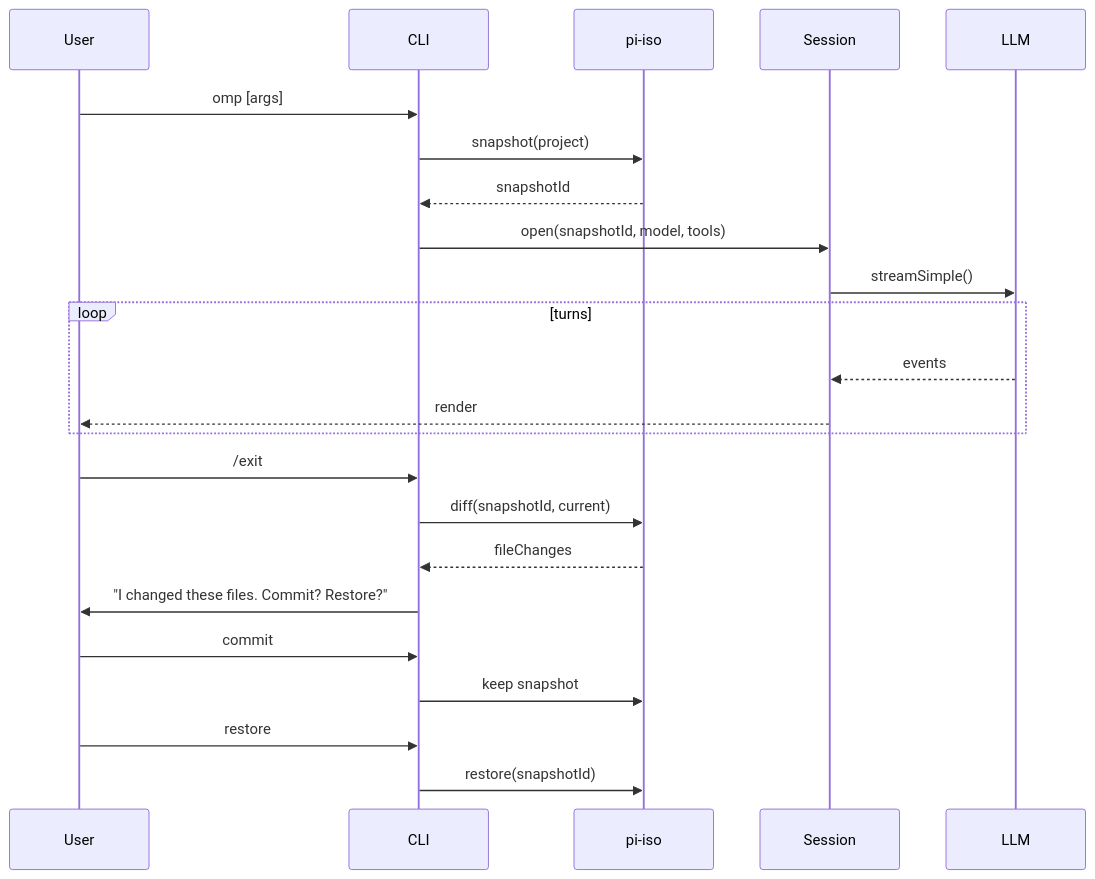
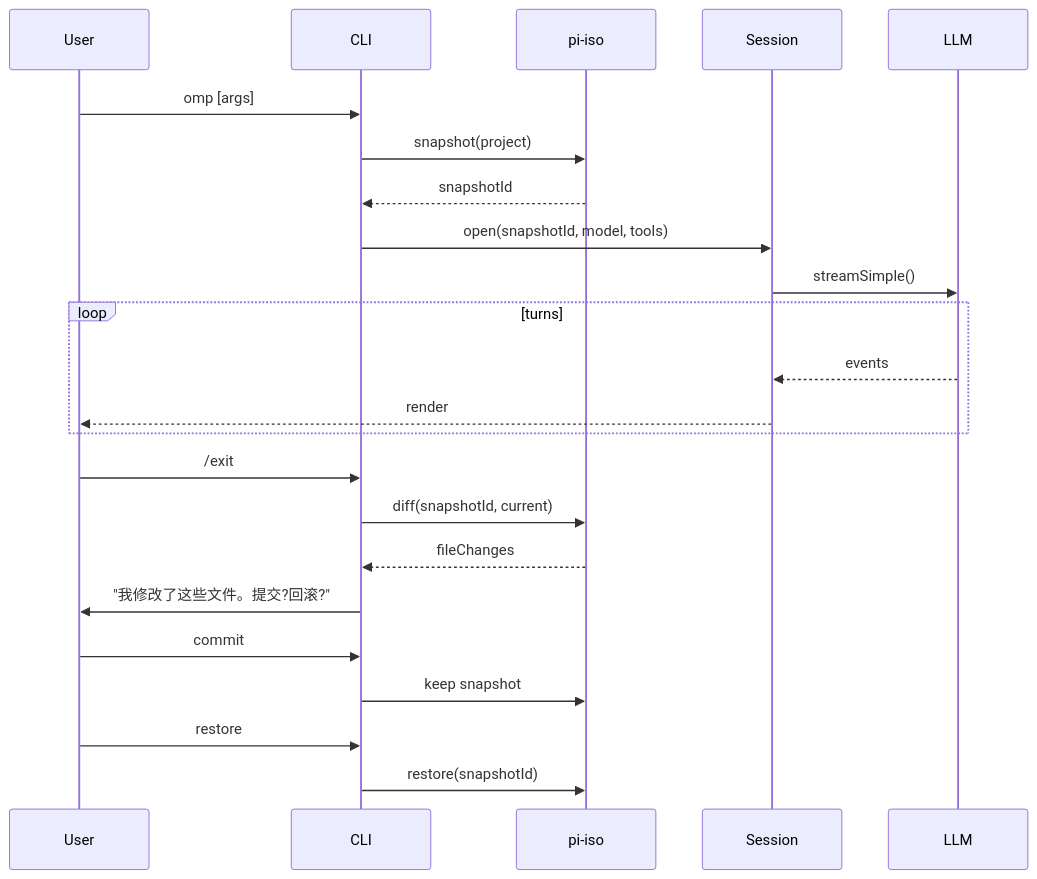
The fifth of 6 diagrams in docs-site/architecture.md (YeLuo45/oh-my-pi-design), drawn with Mermaid before and after one commit. The commit also changed other lines of this file and 37 other files, not shown here.

````diff
--- a/docs-site/architecture.md
+++ b/docs-site/architecture.md
@@ -272,26 +272,26 @@
 ```mermaid
 sequenceDiagram
     participant U as User
     participant CLI
     participant Iso as pi-iso
     participant Session
     participant LLM
 
     U->>CLI: omp [args]
     CLI->>Iso: snapshot(project)
     Iso-->>CLI: snapshotId
     CLI->>Session: open(snapshotId, model, tools)
     Session->>LLM: streamSimple()
     loop turns
         LLM-->>Session: events
         Session-->>U: render
     end
     U->>CLI: /exit
     CLI->>Iso: diff(snapshotId, current)
     Iso-->>CLI: fileChanges
-    CLI->>U: "I changed these files. Commit? Restore?"
+    CLI->>U: "我修改了这些文件。提交?回滚?"
     U->>CLI: commit
     CLI->>Iso: keep snapshot
     U->>CLI: restore
     CLI->>Iso: restore(snapshotId)
 ```
````
